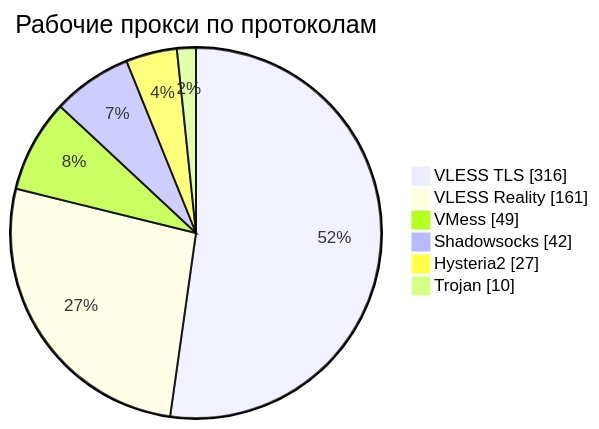
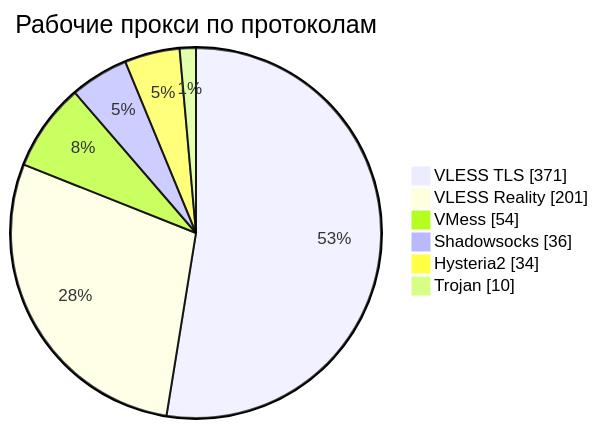
One commit to rvvg/proxy-subs changed the third of 4 diagrams in README.md. Above: the diagram before and after it, drawn with Mermaid. The commit also changed other lines of this file and 50 other files, not shown here.

````diff
--- a/README.md
+++ b/README.md
@@ -139,10 +136,10 @@
 ```mermaid
 pie showData
     title Рабочие прокси по протоколам
-    "VLESS TLS" : 316
-    "VLESS Reality" : 161
-    "VMess" : 49
-    "Shadowsocks" : 42
-    "Hysteria2" : 27
+    "VLESS TLS" : 371
+    "VLESS Reality" : 201
+    "VMess" : 54
+    "Shadowsocks" : 36
+    "Hysteria2" : 34
     "Trojan" : 10
 ```
````
